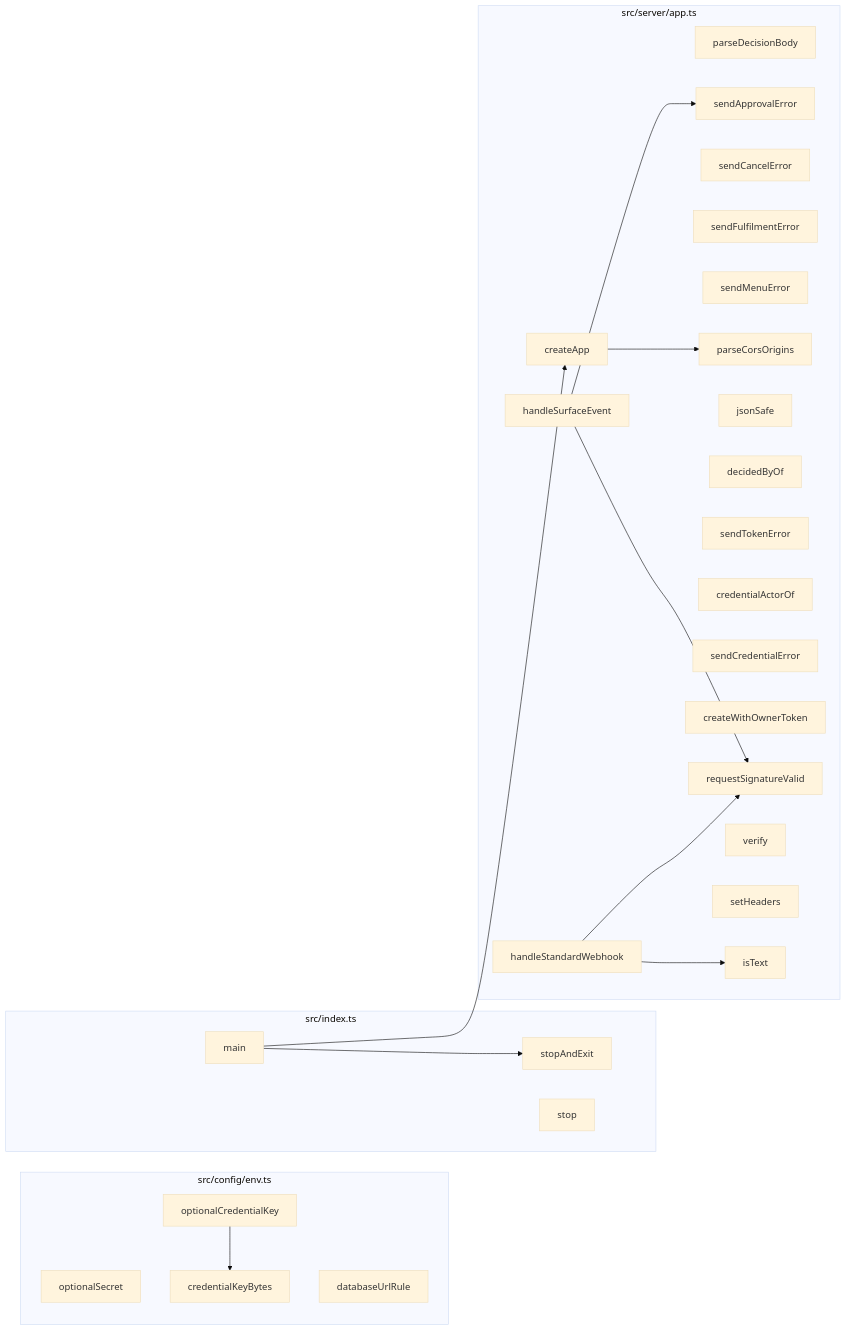
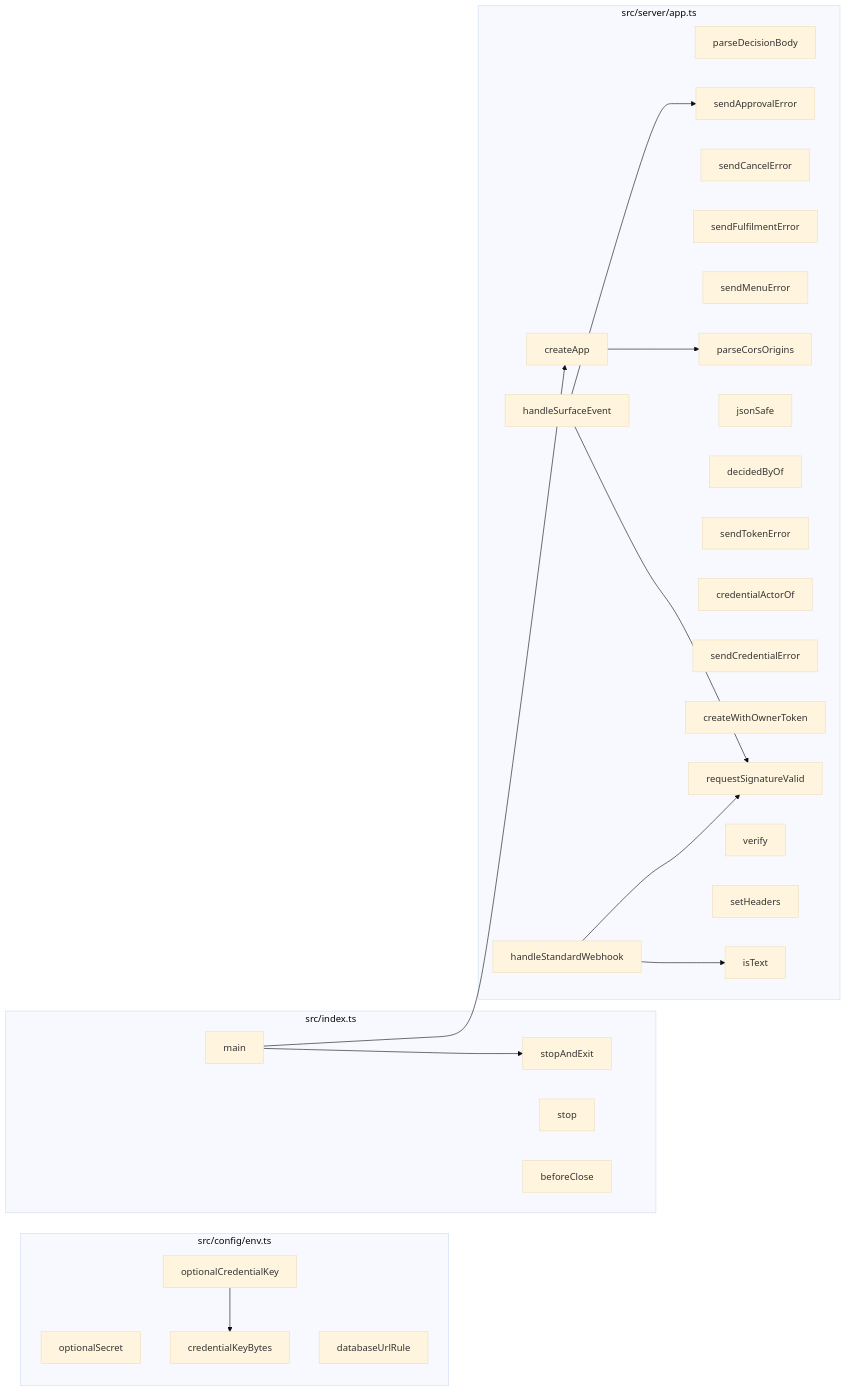
The fourth of 8 diagrams in docs/CODEBASE_MAP.md (Jaydearcadian/bind), drawn with Mermaid (base theme) before and after one commit. The commit also changed other lines of this file and 21 other files, not shown here.

````diff
--- a/docs/CODEBASE_MAP.md
+++ b/docs/CODEBASE_MAP.md
@@ -272,43 +273,44 @@
 ```mermaid
 flowchart LR
   subgraph F0["src/config/env.ts"]
-    n124["optionalSecret"]
-    n125["credentialKeyBytes"]
-    n126["optionalCredentialKey"]
-    n127["databaseUrlRule"]
+    n160["optionalSecret"]
+    n161["credentialKeyBytes"]
+    n162["optionalCredentialKey"]
+    n163["databaseUrlRule"]
   end
   subgraph F1["src/index.ts"]
-    n186["stopAndExit"]
-    n187["main"]
-    n188["stop"]
+    n222["stopAndExit"]
+    n223["main"]
+    n224["stop"]
+    n225["beforeClose"]
   end
   subgraph F2["src/server/app.ts"]
-    n267["parseDecisionBody"]
-    n268["sendApprovalError"]
-    n269["sendCancelError"]
-    n270["sendFulfilmentError"]
-    n271["sendMenuError"]
-    n272["parseCorsOrigins"]
-    n273["jsonSafe"]
-    n274["decidedByOf"]
-    n275["sendTokenError"]
-    n276["credentialActorOf"]
-    n277["sendCredentialError"]
-    n278["createWithOwnerToken"]
-    n279["requestSignatureValid"]
-    n280["createApp"]
-    n281["verify"]
-    n282["setHeaders"]
-    n347["handleSurfaceEvent"]
-    n348["handleStandardWebhook"]
-    n349["isText"]
+    n304["parseDecisionBody"]
+    n305["sendApprovalError"]
+    n306["sendCancelError"]
+    n307["sendFulfilmentError"]
+    n308["sendMenuError"]
+    n309["parseCorsOrigins"]
+    n310["jsonSafe"]
+    n311["decidedByOf"]
+    n312["sendTokenError"]
+    n313["credentialActorOf"]
+    n314["sendCredentialError"]
+    n315["createWithOwnerToken"]
+    n316["requestSignatureValid"]
+    n317["createApp"]
+    n318["verify"]
+    n319["setHeaders"]
+    n384["handleSurfaceEvent"]
+    n385["handleStandardWebhook"]
+    n386["isText"]
   end
-  n126 --> n125
-  n187 --> n280
-  n187 --> n186
-  n280 --> n272
-  n347 --> n279
-  n347 --> n268
-  n348 --> n279
-  n348 --> n349
+  n162 --> n161
+  n223 --> n317
+  n223 --> n222
+  n317 --> n309
+  n384 --> n316
+  n384 --> n305
+  n385 --> n316
+  n385 --> n386
 ```
````
